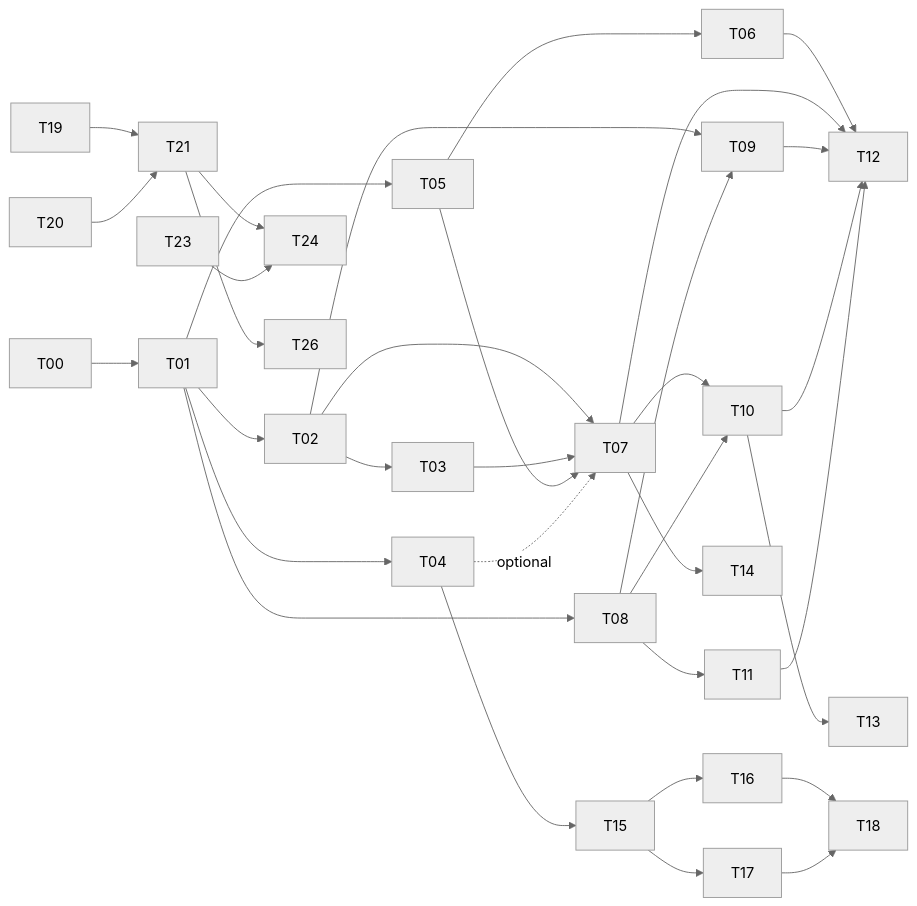
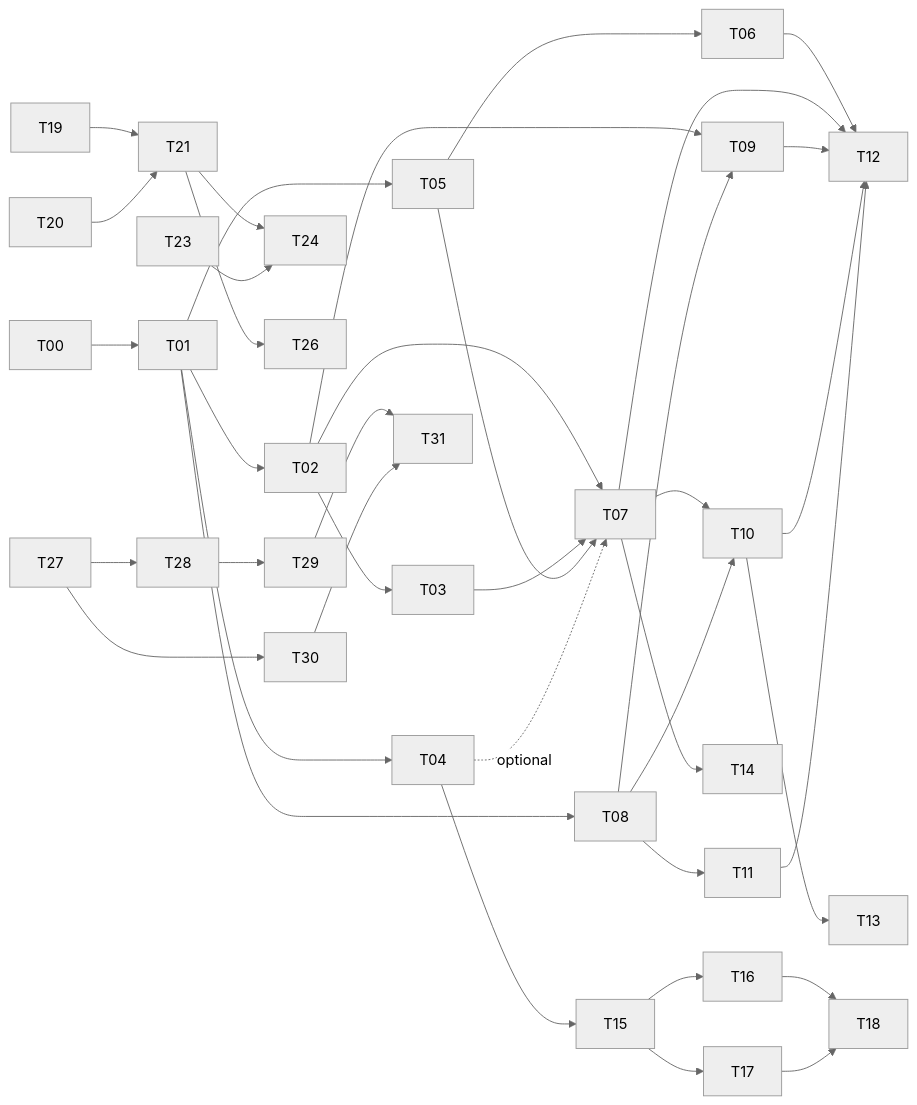
One commit to ankur-paul/schedule-optimizer changed the diagram in tickets/README.md. Above: the diagram before and after it, drawn with Mermaid (neutral theme). The commit also changed other lines of this file and 8 other files, not shown here.

````diff
--- a/tickets/README.md
+++ b/tickets/README.md
@@ -77,21 +82,24 @@
 ```mermaid
 graph LR
   T00 --> T01
   T01 --> T02 & T04 & T05 & T08
   T02 --> T03
   T05 --> T06
   T02 & T03 & T05 --> T07
   T04 -.optional.-> T07
   T02 & T08 --> T09
   T07 & T08 --> T10
   T08 --> T11
   T06 & T07 & T09 & T10 & T11 --> T12
   T10 --> T13
   T07 --> T14
   T04 --> T15
   T15 --> T16 & T17
   T16 & T17 --> T18
   T19 & T20 --> T21
   T21 & T23 --> T24
   T21 --> T26
+  T27 --> T28 & T30
+  T28 --> T29
+  T29 & T30 --> T31
 ```
````
